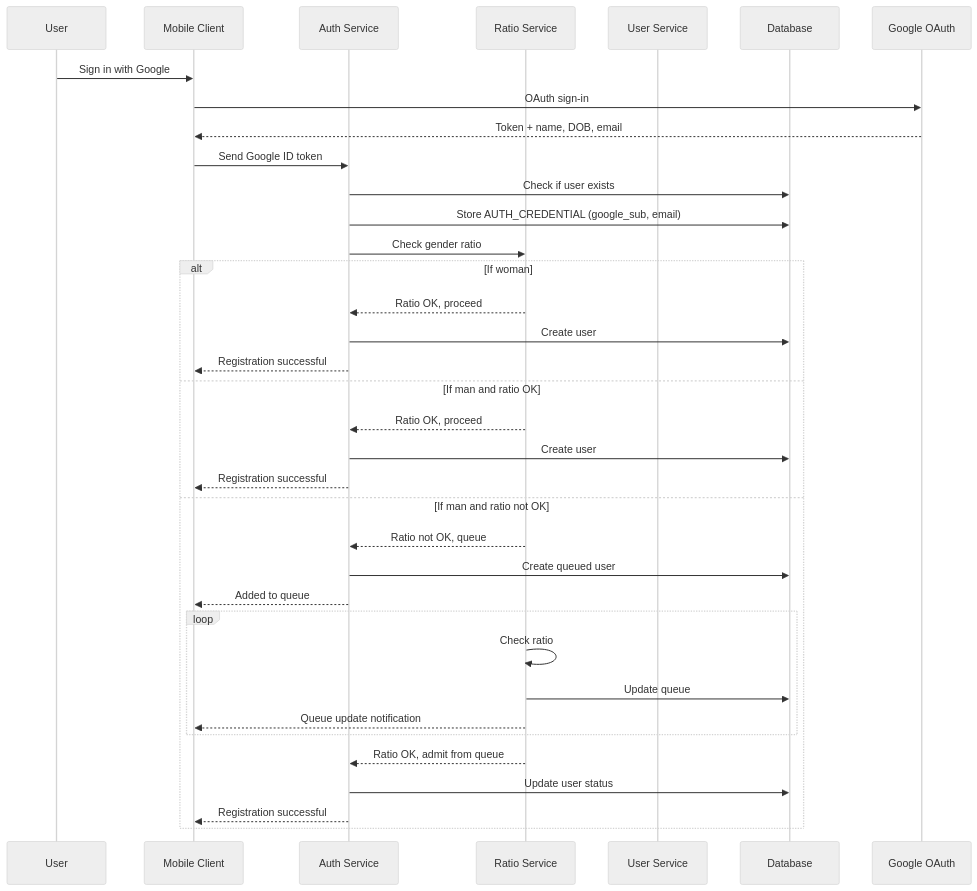
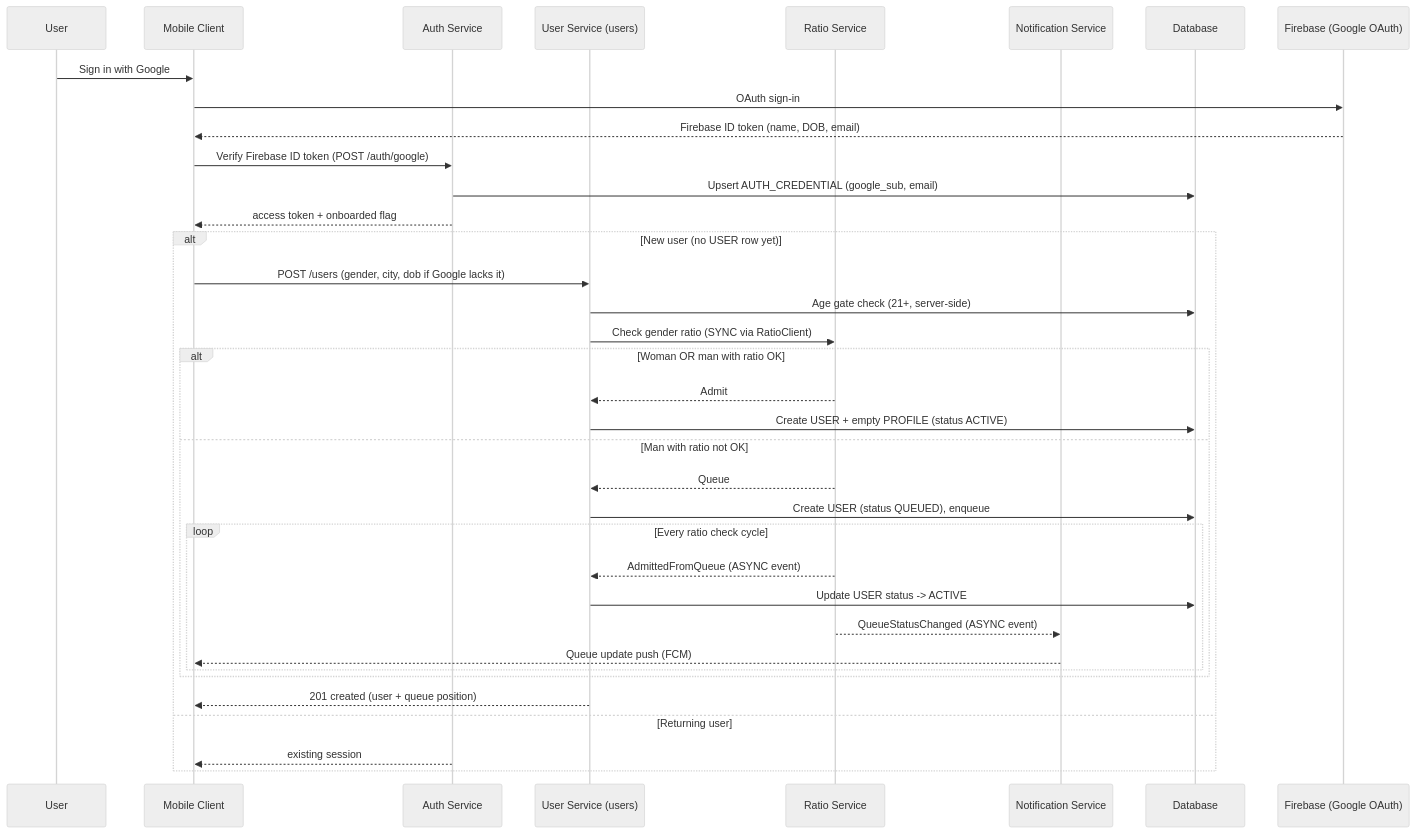
Before and after one commit to cheetah-org/fold-design: the first of 4 diagrams in design-decision/inter-service-communication.md, drawn with Mermaid (neutral theme). The commit also changed other lines of this file and 5 other files, not shown here.

````diff
--- a/design-decision/inter-service-communication.md
+++ b/design-decision/inter-service-communication.md
@@ -61,39 +62,39 @@
 ```mermaid
 sequenceDiagram
     participant User as User
     participant Client as Mobile Client
     participant Auth as Auth Service
+    participant UserSvc as User Service (users)
     participant Ratio as Ratio Service
-    participant UserSvc as User Service
+    participant Notif as Notification Service
     participant DB as Database
-    participant Google as Google OAuth
+    participant Firebase as Firebase (Google OAuth)
 
     User ->> Client: Sign in with Google
-    Client ->> Google: OAuth sign-in
-    Google -->> Client: Token + name, DOB, email
-    Client ->> Auth: Send Google ID token
-    Auth ->> DB: Check if user exists
-    Auth ->> DB: Store AUTH_CREDENTIAL (google_sub, email)
-    Auth ->> Ratio: Check gender ratio
-    alt If woman
-        Ratio -->> Auth: Ratio OK, proceed
-        Auth ->> DB: Create user
-        Auth -->> Client: Registration successful
-    else If man and ratio OK
-        Ratio -->> Auth: Ratio OK, proceed
-        Auth ->> DB: Create user
-        Auth -->> Client: Registration successful
-    else If man and ratio not OK
-        Ratio -->> Auth: Ratio not OK, queue
-        Auth ->> DB: Create queued user
-        Auth -->> Client: Added to queue
-        loop
-            Ratio ->> Ratio: Check ratio
-            Ratio ->> DB: Update queue
-            Ratio -->> Client: Queue update notification
+    Client ->> Firebase: OAuth sign-in
+    Firebase -->> Client: Firebase ID token (name, DOB, email)
+    Client ->> Auth: Verify Firebase ID token (POST /auth/google)
+    Auth ->> DB: Upsert AUTH_CREDENTIAL (google_sub, email)
+    Auth -->> Client: access token + onboarded flag
+    alt New user (no USER row yet)
+        Client ->> UserSvc: POST /users (gender, city, dob if Google lacks it)
+        UserSvc ->> DB: Age gate check (21+, server-side)
+        UserSvc ->> Ratio: Check gender ratio (SYNC via RatioClient)
+        alt Woman OR man with ratio OK
+            Ratio -->> UserSvc: Admit
+            UserSvc ->> DB: Create USER + empty PROFILE (status ACTIVE)
+        else Man with ratio not OK
+            Ratio -->> UserSvc: Queue
+            UserSvc ->> DB: Create USER (status QUEUED), enqueue
+            loop Every ratio check cycle
+                Ratio -->> UserSvc: AdmittedFromQueue (ASYNC event)
+                UserSvc ->> DB: Update USER status -> ACTIVE
+                Ratio -->> Notif: QueueStatusChanged (ASYNC event)
+                Notif -->> Client: Queue update push (FCM)
+            end
         end
-        Ratio -->> Auth: Ratio OK, admit from queue
-        Auth ->> DB: Update user status
-        Auth -->> Client: Registration successful
+        UserSvc -->> Client: 201 created (user + queue position)
+    else Returning user
+        Auth -->> Client: existing session
     end
 ```
````
